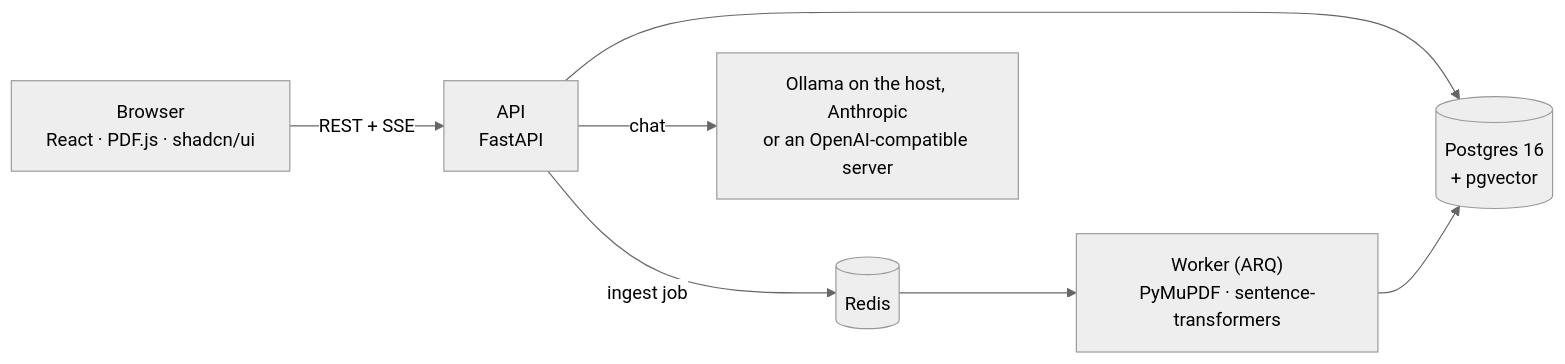
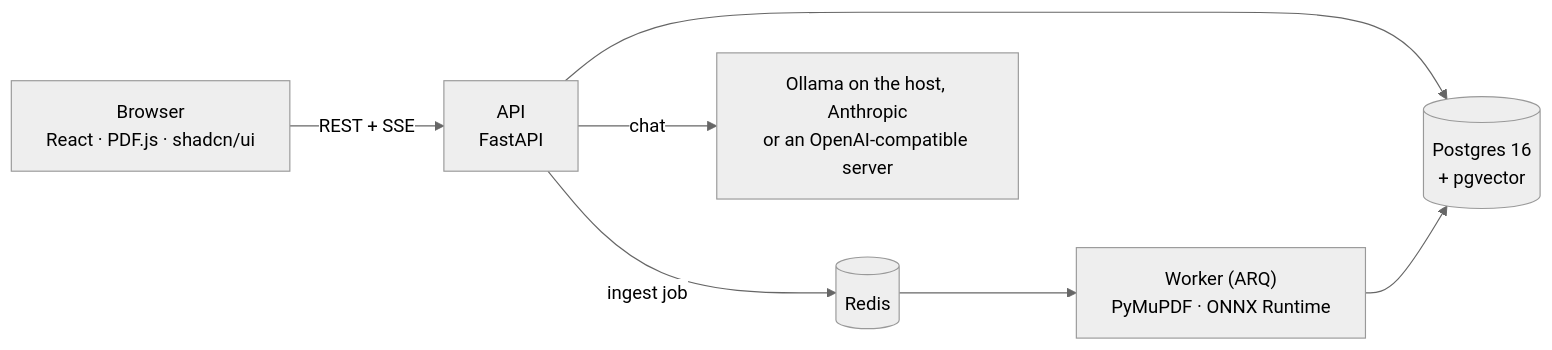
Before and after one commit to khannoussi-malek/PaperLab: the diagram in README.md, drawn with Mermaid (neutral theme). The commit also changed other lines of this file and 4 other files, not shown here.

Commit message:
chore: drop torch and sentence-transformers, and the hfcache volume with them

````diff
--- a/README.md
+++ b/README.md
@@ -236,8 +228,8 @@
 ```mermaid
 flowchart LR
   UI["Browser<br/>React · PDF.js · shadcn/ui"] -- "REST + SSE" --> API["API<br/>FastAPI"]
   API --> DB[("Postgres 16<br/>+ pgvector")]
-  API -- "ingest job" --> Q[(Redis)] --> W["Worker (ARQ)<br/>PyMuPDF · sentence-transformers"]
+  API -- "ingest job" --> Q[(Redis)] --> W["Worker (ARQ)<br/>PyMuPDF · ONNX Runtime"]
   W --> DB
   API -- "chat" --> LLM["Ollama on the host, Anthropic<br/>or an OpenAI-compatible server"]
 ```
````
